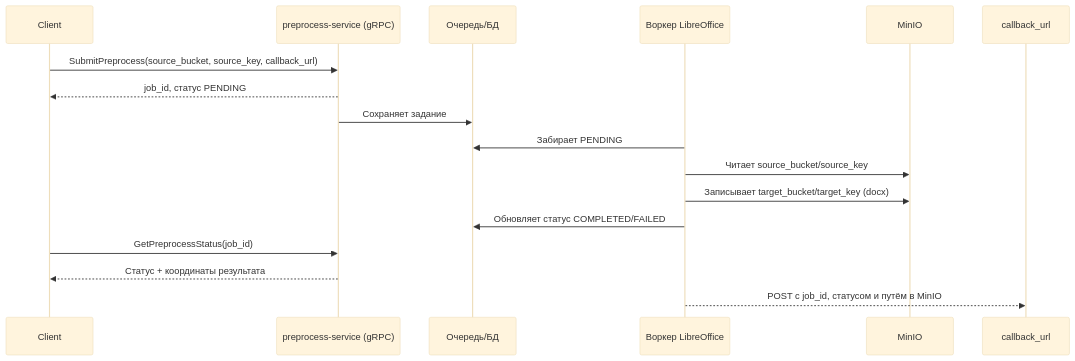
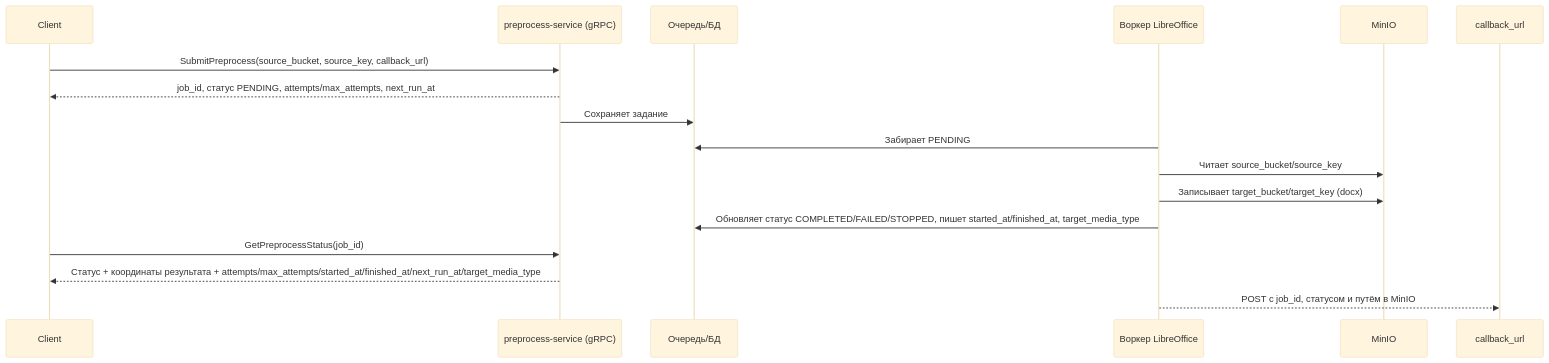
The second of 2 diagrams in backend/preprocess-service/diagrams.md (FedorovTeam/mono-repo), drawn with Mermaid (base theme) before and after one commit. The commit also changed 15 other files, not shown here.

````diff
--- a/backend/preprocess-service/diagrams.md
+++ b/backend/preprocess-service/diagrams.md
@@ -16,20 +16,20 @@
 ```mermaid
 sequenceDiagram
     participant Client
     participant GRPC as preprocess-service (gRPC)
     participant Queue as Очередь/БД
     participant Worker as Воркер LibreOffice
     participant MinIO
     participant Callback as callback_url
 
     Client->>GRPC: SubmitPreprocess(source_bucket, source_key, callback_url)
-    GRPC-->>Client: job_id, статус PENDING
+    GRPC-->>Client: job_id, статус PENDING, attempts/max_attempts, next_run_at
     GRPC->>Queue: Сохраняет задание
     Worker->>Queue: Забирает PENDING
     Worker->>MinIO: Читает source_bucket/source_key
     Worker->>MinIO: Записывает target_bucket/target_key (docx)
-    Worker->>Queue: Обновляет статус COMPLETED/FAILED
+    Worker->>Queue: Обновляет статус COMPLETED/FAILED/STOPPED, пишет started_at/finished_at, target_media_type
     Client->>GRPC: GetPreprocessStatus(job_id)
-    GRPC-->>Client: Статус + координаты результата
+    GRPC-->>Client: Статус + координаты результата + attempts/max_attempts/started_at/finished_at/next_run_at/target_media_type
     Worker-->>Callback: POST с job_id, статусом и путём в MinIO
 ```
````
